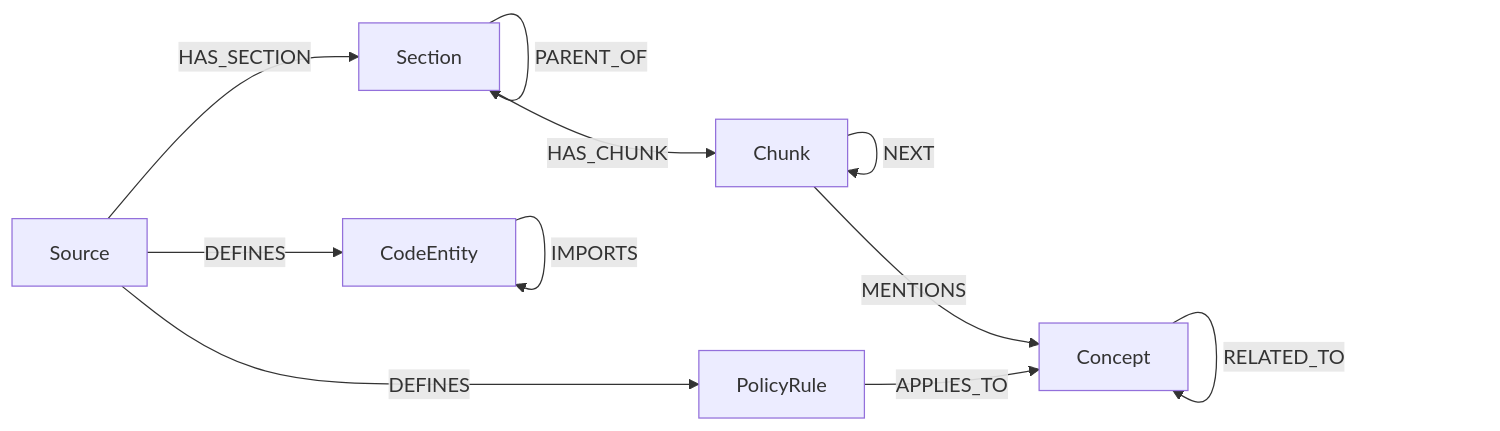
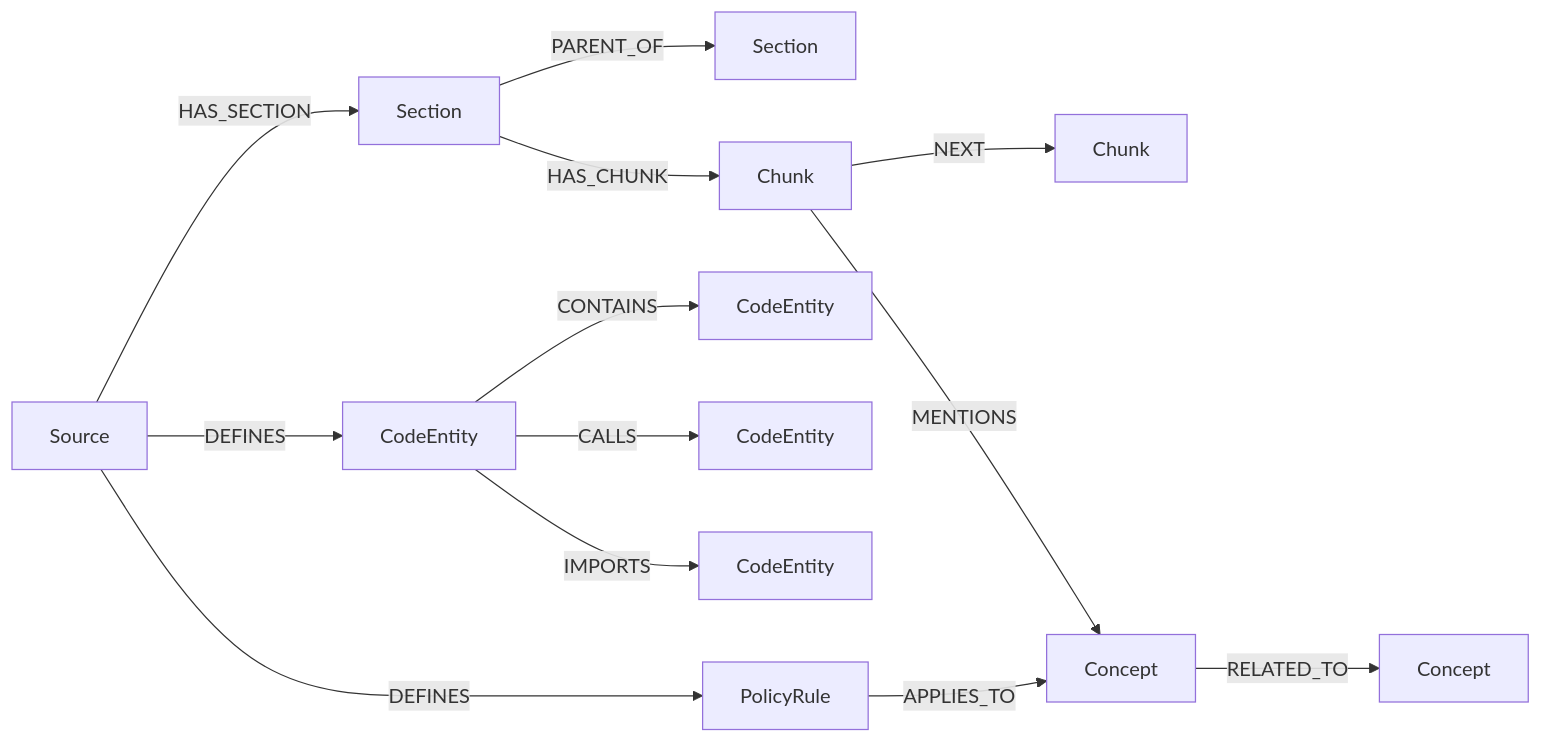
Before and after one commit to tmustafiz/graph-rag: the third of 4 diagrams in docs/IMPLEMENTATION_PLAN.md, drawn with Mermaid. The commit also changed 21 other files, not shown here.

````diff
--- a/docs/IMPLEMENTATION_PLAN.md
+++ b/docs/IMPLEMENTATION_PLAN.md
@@ -129,15 +129,15 @@
 ```mermaid
 graph LR
     Source -->|HAS_SECTION| Section
-    Section -->|PARENT_OF| Section
+    Section -->|PARENT_OF| Section2["Section"]
     Section -->|HAS_CHUNK| Chunk
-    Chunk -->|NEXT| Chunk
+    Chunk -->|NEXT| Chunk2["Chunk"]
     Source -->|DEFINES| CodeEntity
-    CodeEntity -->|CONTAINS| CodeEntity
-    CodeEntity -->|CALLS| CodeEntity
-    CodeEntity -->|IMPORTS| CodeEntity
+    CodeEntity -->|CONTAINS| CodeEntity2["CodeEntity"]
+    CodeEntity -->|CALLS| CodeEntity3["CodeEntity"]
+    CodeEntity -->|IMPORTS| CodeEntity4["CodeEntity"]
     Source -->|DEFINES| PolicyRule
     PolicyRule -->|APPLIES_TO| Concept
     Chunk -->|MENTIONS| Concept
-    Concept -->|RELATED_TO| Concept
+    Concept -->|RELATED_TO| Concept2["Concept"]
 ```
````
